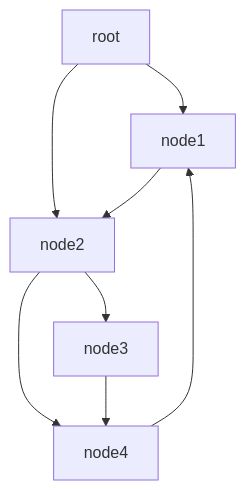
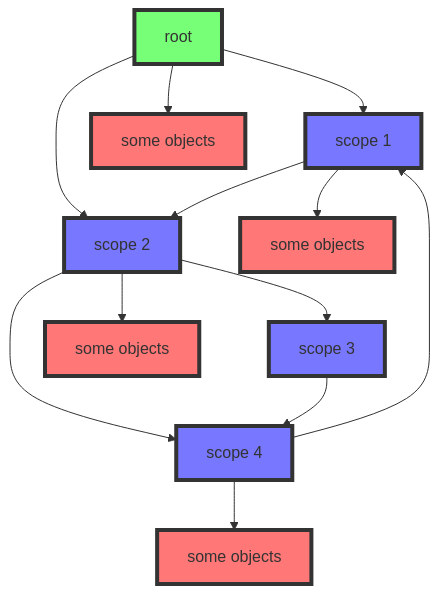
Before and after one commit to dte-devteam/DynamicTokenEngine: the diagram in TokenOperator/token/data/README.md, drawn with Mermaid. The commit also changed other lines of this file, not shown here.

Commit message:
Update README.md
scope docs update (still to do)

````diff
--- a/TokenOperator/token/data/README.md
+++ b/TokenOperator/token/data/README.md
@@ -12,10 +14,21 @@
 ```mermaid
 graph TD
-    A[root] --> B[node1]
-    A --> C[node2]
-    B --> C
-    C --> D[node3]
-    C --> E[node4]
-    D --> E[node4]
-    E --> B
+    classDef root_scope fill: #7f7, stroke: #333, stroke-width:4px;
+    classDef node_scope fill: #77f, stroke: #333, stroke-width:4px;
+    classDef node_object fill: #f77, stroke: #333, stroke-width:4px;
+
+    A[root]:::root_scope --> B[scope 1] & C[scope 2]
+    B:::node_scope --> C
+    C:::node_scope --> D[scope 3]
+    C --> E[scope 4]
+    D:::node_scope --> E[scope 4]
+    E:::node_scope --> B
+    A --> F[some objects]
+    B --> G[some objects]
+    C --> H[some objects]
+    E --> J[some objects]
+    F:::node_object
+    G:::node_object
+    H:::node_object
+    J:::node_object
 ```
````
